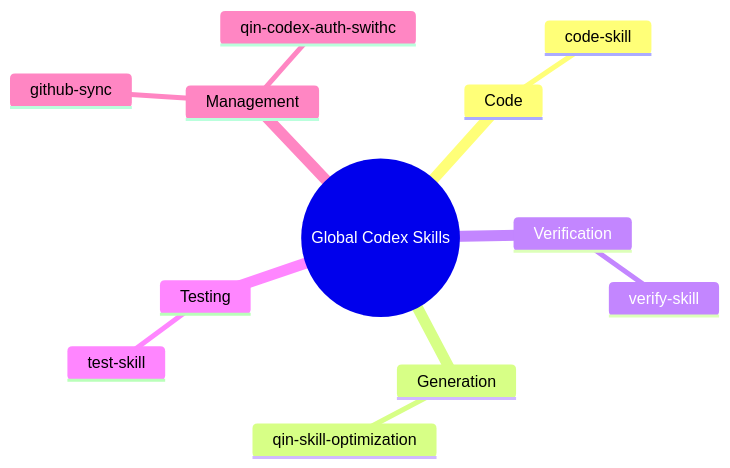
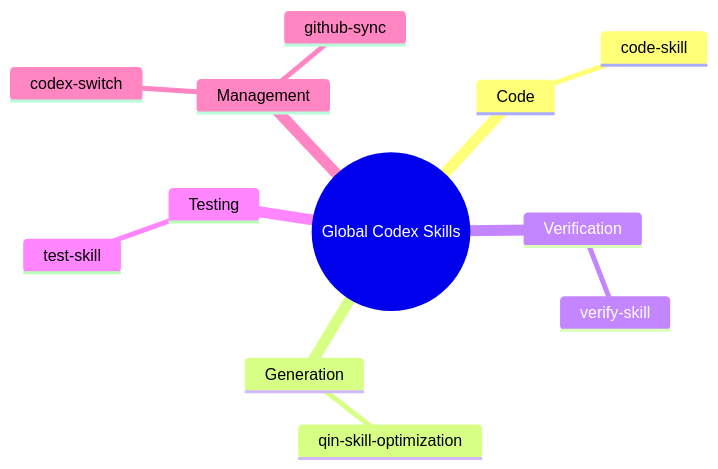
One commit to qinbatista/qin-codex-skills changed the diagram in current_global_skills_overview.md. Above: the diagram before and after it, drawn with Mermaid. The commit also changed other lines of this file and 8 other files, not shown here.

Commit message:
Rename auth switch skill to codex-switch

````diff
--- a/current_global_skills_overview.md
+++ b/current_global_skills_overview.md
@@ -18,15 +18,15 @@
 ```mermaid
 mindmap
   root((Global Codex Skills))
     Code
       code-skill
     Generation
       qin-skill-optimization
     Verification
       verify-skill
     Testing
       test-skill
     Management
+      codex-switch
       github-sync
-      qin-codex-auth-swithc
 ```
````
